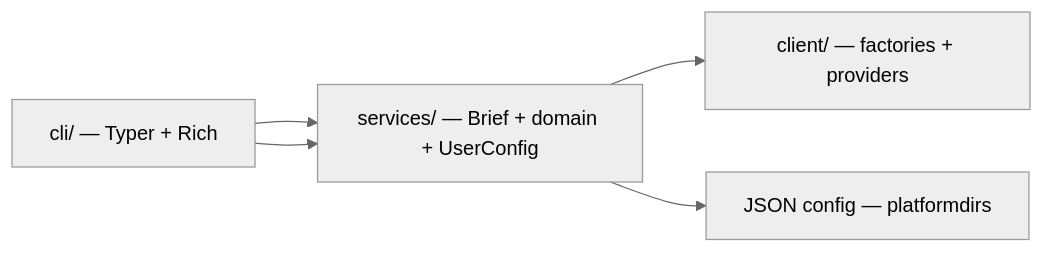
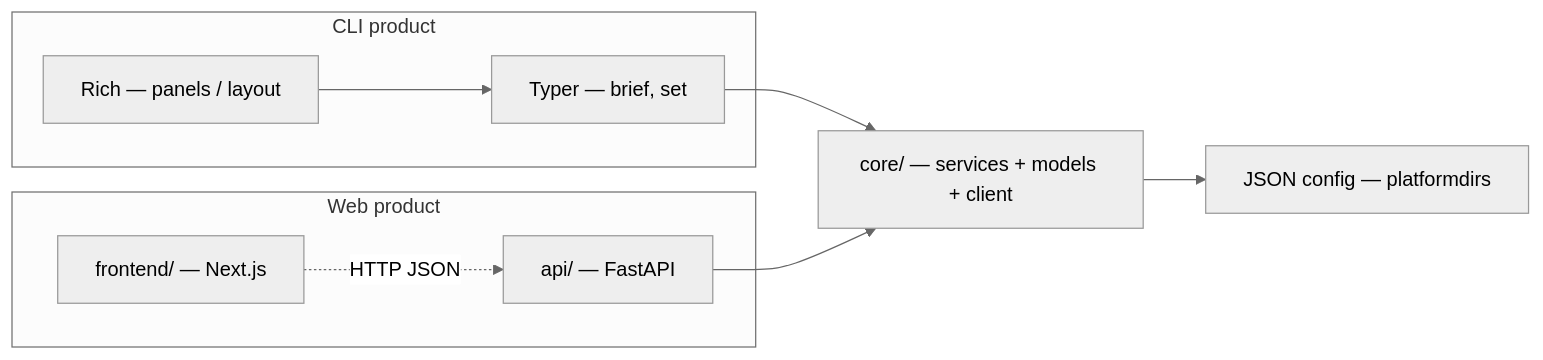
Before and after one commit to Kultrol/mydash: the diagram in docs/ARCHITECTURE.md, drawn with Mermaid (neutral theme). The commit also changed other lines of this file and 3 other files, not shown here.

````diff
--- a/docs/ARCHITECTURE.md
+++ b/docs/ARCHITECTURE.md
@@ -11,10 +16,18 @@
 ```mermaid
 flowchart LR
-    CLI["cli/ — Typer + Rich"]
-    SVC["services/ — Brief + domain + UserConfig"]
-    DATA["client/ — factories + providers"]
+    subgraph cliProd [CLI product]
+        RICH["Rich — panels / layout"]
+        TYPER["Typer — brief, set"]
+        RICH --> TYPER
+    end
+    subgraph webProd [Web product]
+        FE["frontend/ — Next.js"]
+        API["api/ — FastAPI"]
+        FE -.->|HTTP JSON| API
+    end
+    CORE["core/ — services + models + client"]
     CFG["JSON config — platformdirs"]
-    CLI --> SVC --> DATA
-    CLI --> SVC
-    SVC --> CFG
+    TYPER --> CORE
+    API --> CORE
+    CORE --> CFG
 ```
````
